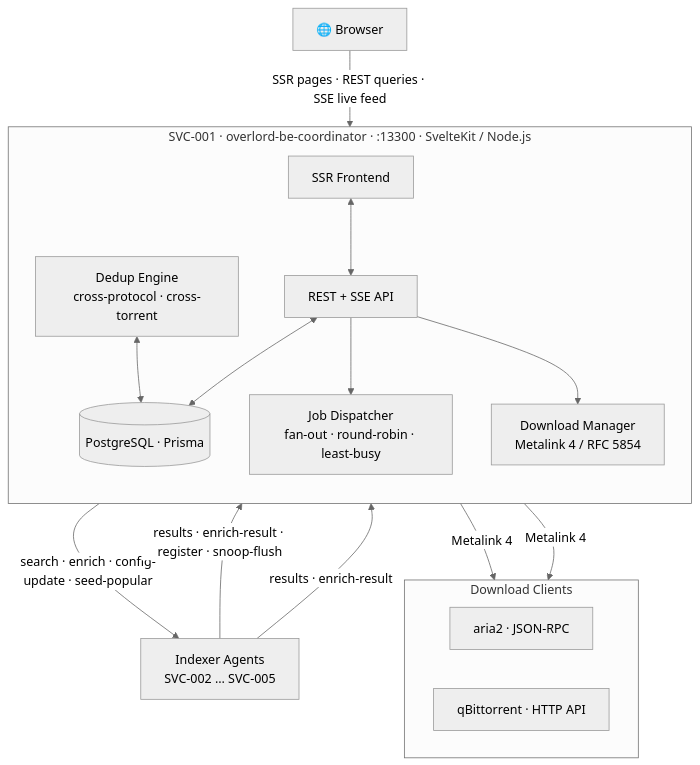
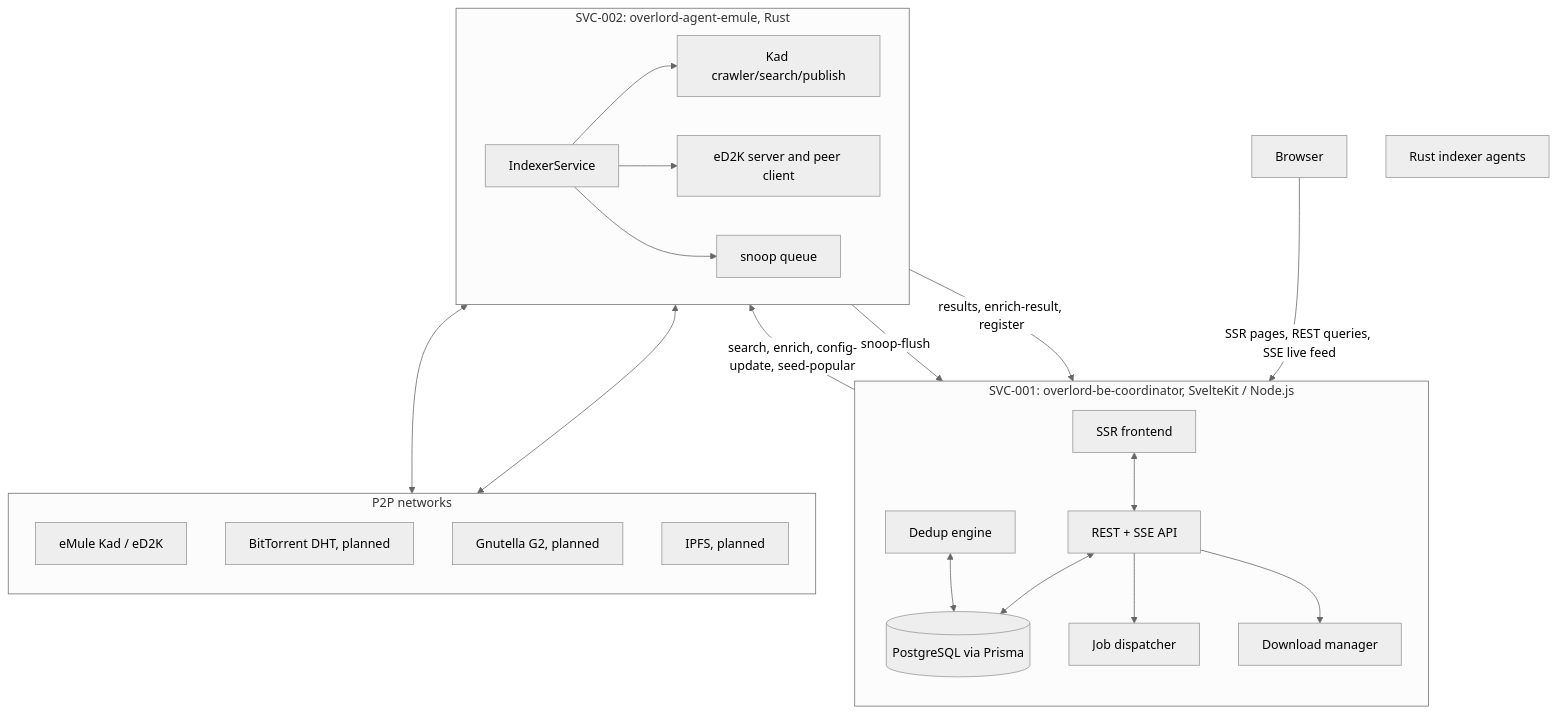
Before and after one commit to emulebb/p2p-overlord-be: the diagram in README.md, drawn with Mermaid (neutral theme). The commit also changed other lines of this file and 5 other files, not shown here.

````diff
--- a/README.md
+++ b/README.md
@@ -40,36 +123,45 @@
 ```mermaid
 flowchart TD
-    Browser["🌐 Browser"]
-    Agents["Indexer Agents\nSVC-002 … SVC-005"]
+    Browser["Browser"]
+    Agents["Rust indexer agents"]
 
-    Browser -->|"SSR pages · REST queries · SSE live feed"| UI
+    Browser -->|"SSR pages, REST queries, SSE live feed"| UI
 
-    subgraph COORD["SVC-001 · overlord-be-coordinator · :13300  ·  SvelteKit / Node.js"]
+    subgraph COORD["SVC-001: overlord-be-coordinator, SvelteKit / Node.js"]
         direction TB
-        UI["SSR Frontend"]
+        UI["SSR frontend"]
         API["REST + SSE API"]
-        Dispatch["Job Dispatcher\nfan-out · round-robin · least-busy"]
-        Dedup["Dedup Engine\ncross-protocol · cross-torrent"]
-        DLM["Download Manager\nMetalink 4 / RFC 5854"]
-        DB[("PostgreSQL · Prisma")]
+        Dispatch["Job dispatcher"]
+        Dedup["Dedup engine"]
+        DLM["Download manager"]
+        DB[("PostgreSQL via Prisma")]
 
         UI <--> API
         API <--> DB
         API --> Dispatch
         Dedup <--> DB
         API --> DLM
     end
 
-    subgraph DLC["Download Clients"]
+    subgraph EMULE["SVC-002: overlord-agent-emule, Rust"]
         direction LR
-        aria2["aria2  ·  JSON-RPC"]
-        qbt["qBittorrent  ·  HTTP API"]
+        E["IndexerService"]
+        E --> KAD["Kad crawler/search/publish"]
+        E --> ED2K["eD2K server and peer client"]
+        E --> SQ["snoop queue"]
     end
 
-    Dispatch -->|"search · enrich · config-update · seed-popular"| Agents
-    Agents   -->|"results · enrich-result · register · snoop-flush"| API
-    Agents   -->|"results · enrich-result"| Dedup
+    subgraph NETWORKS["P2P networks"]
+        direction TB
+        NET_E["eMule Kad / eD2K"]
+        NET_B["BitTorrent DHT, planned"]
+        NET_G["Gnutella G2, planned"]
+        NET_I["IPFS, planned"]
+    end
 
-    DLM -->|"Metalink 4"| aria2
-    DLM -->|"Metalink 4"| qbt
+    Dispatch -->|"search, enrich, config-update, seed-popular"| E
+    E -->|"results, enrich-result, register"| API
+    SQ -->|"snoop-flush"| API
+    KAD <--> NET_E
+    ED2K <--> NET_E
 ```
````
